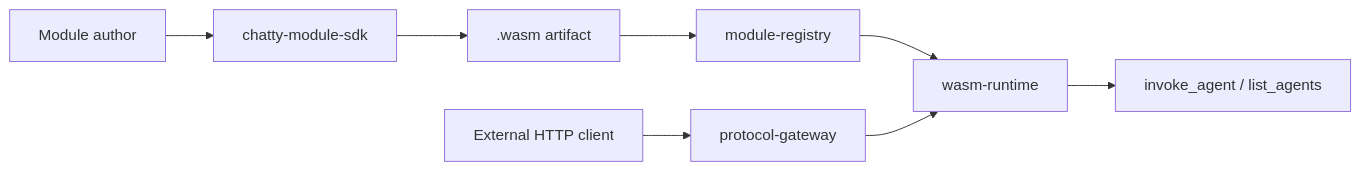
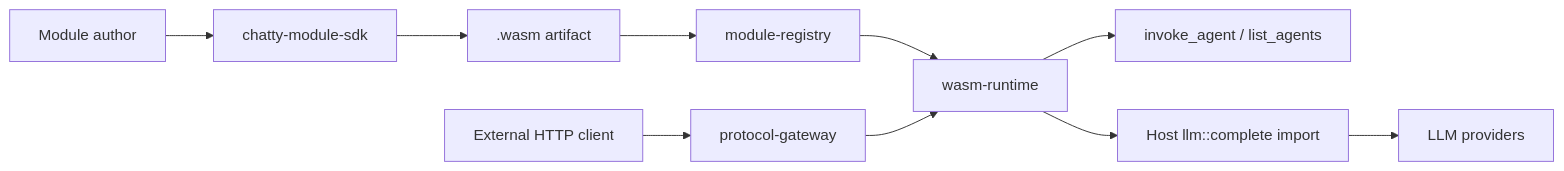
Before and after one commit to boersmamarcel/chatty2: the seventh of 9 diagrams in docs/component-map.md, drawn with Mermaid. The commit also changed other lines of this file and 12 other files, not shown here.

````diff
--- a/docs/component-map.md
+++ b/docs/component-map.md
@@ -196,10 +196,12 @@
 ```mermaid
 flowchart LR
   Author[Module author] --> SDK[chatty-module-sdk]
   SDK --> WASM[".wasm artifact"]
   WASM --> Registry[module-registry]
   Registry --> Runtime[wasm-runtime]
   Runtime --> Tools[invoke_agent / list_agents]
   Gateway[protocol-gateway] --> Runtime
   External[External HTTP client] --> Gateway
+  Runtime --> LLM[Host llm::complete import]
+  LLM --> Providers[LLM providers]
 ```
````
